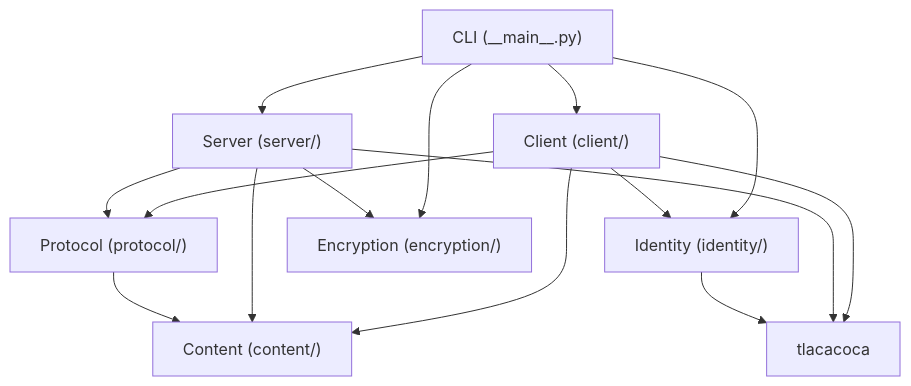
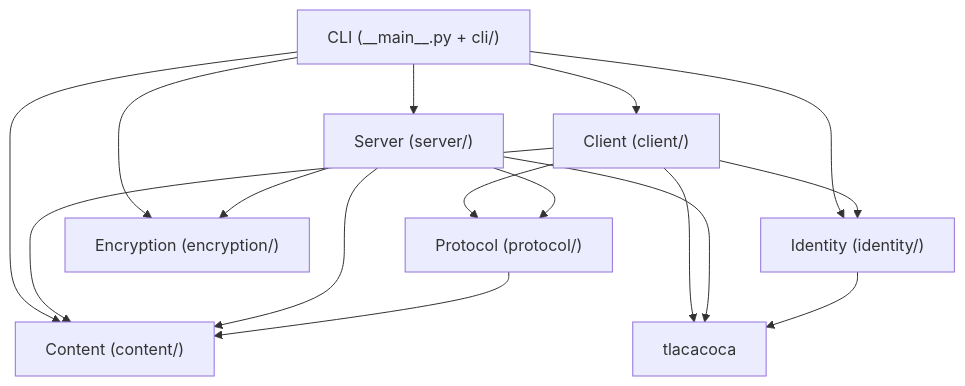
Before and after one commit to alanbato/titlani: the diagram in docs/explanation/architecture.md, drawn with Mermaid. The commit also changed other lines of this file and 11 other files, not shown here.

````diff
--- a/docs/explanation/architecture.md
+++ b/docs/explanation/architecture.md
@@ -7,26 +7,27 @@
 ```mermaid
 graph TB
-    CLI["CLI (__main__.py)"]
+    CLI["CLI (__main__.py + cli/)"]
     Client["Client (client/)"]
     Server["Server (server/)"]
     Identity["Identity (identity/)"]
     Content["Content (content/)"]
     Protocol["Protocol (protocol/)"]
     Encryption["Encryption (encryption/)"]
     Tlacacoca["tlacacoca"]
 
     CLI --> Client
     CLI --> Server
     CLI --> Identity
+    CLI --> Content
     CLI --> Encryption
     Client --> Protocol
     Client --> Content
     Client --> Identity
     Client --> Tlacacoca
     Server --> Protocol
     Server --> Content
     Server --> Encryption
     Server --> Tlacacoca
     Protocol --> Content
     Identity --> Tlacacoca
 ```
````
